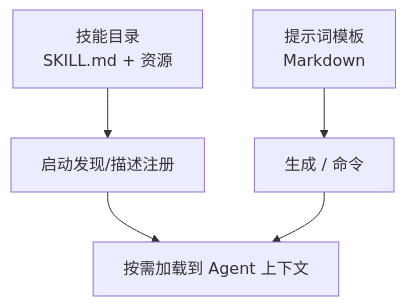
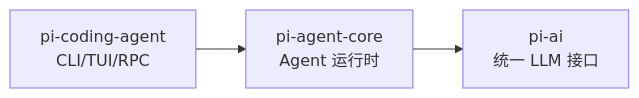
One commit to FDE-GROUP/oh-my-coding-agent changed the fifth of 7 diagrams in .qoder/repowiki/zh/content/项目概述/项目介绍.md. Above: the diagram before and after it, drawn with Mermaid. The commit also changed other lines of this file and 755 other files, not shown here.

````diff
--- a/.qoder/repowiki/zh/content/项目概述/项目介绍.md
+++ b/.qoder/repowiki/zh/content/项目概述/项目介绍.md
@@ -232,7 +176,5 @@
 ```mermaid
-flowchart TD
-SkillDir["技能目录<br/>SKILL.md + 资源"] --> Discovery["启动发现/描述注册"]
-PromptMD["提示词模板<br/>Markdown"] --> Command["生成 / 命令"]
-Discovery --> Agent["按需加载到 Agent 上下文"]
-Command --> Agent
+graph LR
+CLI["pi-coding-agent<br/>CLI/TUI/RPC"] --> AGENT["pi-agent-core<br/>Agent 运行时"]
+AGENT --> AI["pi-ai<br/>统一 LLM 接口"]
 ```
````
